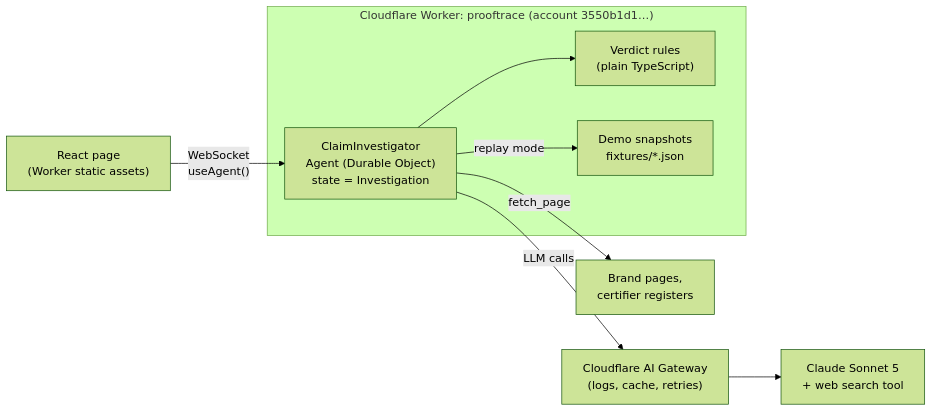
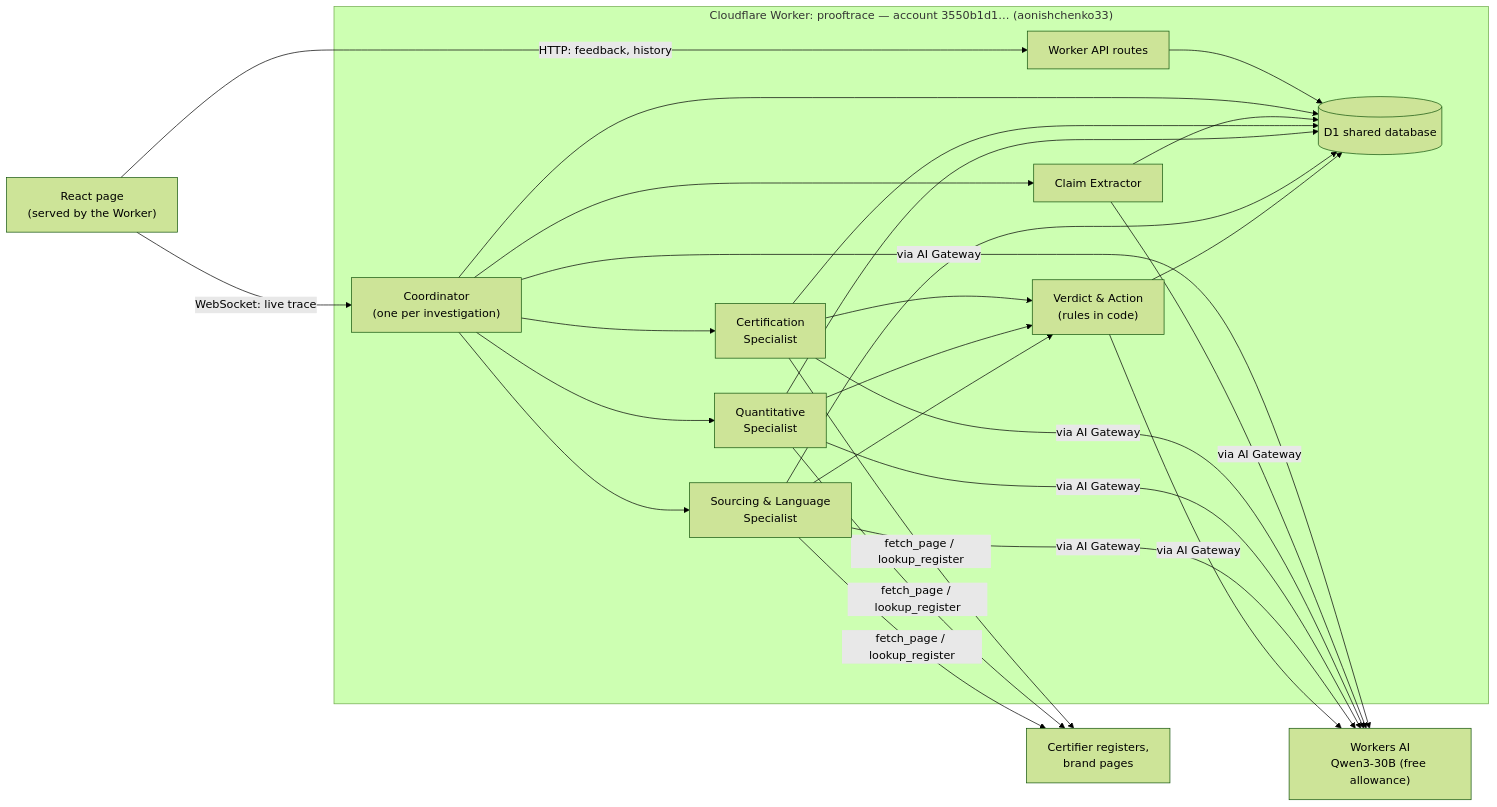
Before and after one commit to aonishchenko/prooftrace: the diagram in docs/PLAN.md, drawn with Mermaid (forest theme). The commit also changed other lines of this file, not shown here.

Commit message:
Plan: specialist agent team, Workers AI only, D1 shared database

````diff
--- a/docs/PLAN.md
+++ b/docs/PLAN.md
@@ -19,13 +58,20 @@
 ```mermaid
 flowchart LR
-  UI["React page<br/>(Worker static assets)"] -- "WebSocket<br/>useAgent()" --> AG
-  subgraph CF["Cloudflare Worker: prooftrace (account 3550b1d1…)"]
-    AG["ClaimInvestigator<br/>Agent (Durable Object)<br/>state = Investigation"]
-    RULES["Verdict rules<br/>(plain TypeScript)"]
-    FIX["Demo snapshots<br/>fixtures/*.json"]
-    AG --> RULES
-    AG -- replay mode --> FIX
+  UI["React page<br/>(served by the Worker)"] -- "WebSocket: live trace" --> CO
+  UI -- "HTTP: feedback, history" --> API["Worker API routes"]
+  subgraph CF["Cloudflare Worker: prooftrace — account 3550b1d1… (aonishchenko33)"]
+    CO["Coordinator<br/>(one per investigation)"]
+    EX["Claim Extractor"]
+    CS["Certification<br/>Specialist"]
+    QS["Quantitative<br/>Specialist"]
+    SS["Sourcing & Language<br/>Specialist"]
+    VA["Verdict & Action<br/>(rules in code)"]
+    CO --> EX
+    CO --> CS & QS & SS
+    CS & QS & SS --> VA
+    API --> D1
+    CO & EX & CS & QS & SS & VA --> D1[("D1 shared database")]
   end
-  AG -- "LLM calls" --> GW["Cloudflare AI Gateway<br/>(logs, cache, retries)"] --> LLM["Claude Sonnet 5<br/>+ web search tool"]
-  AG -- "fetch_page" --> WEB["Brand pages,<br/>certifier registers"]
+  CO & EX & CS & QS & SS & VA -- "via AI Gateway" --> WAI["Workers AI<br/>Qwen3-30B (free allowance)"]
+  CS & QS & SS -- "fetch_page / lookup_register" --> WEB["Certifier registers,<br/>brand pages"]
 ```
````
